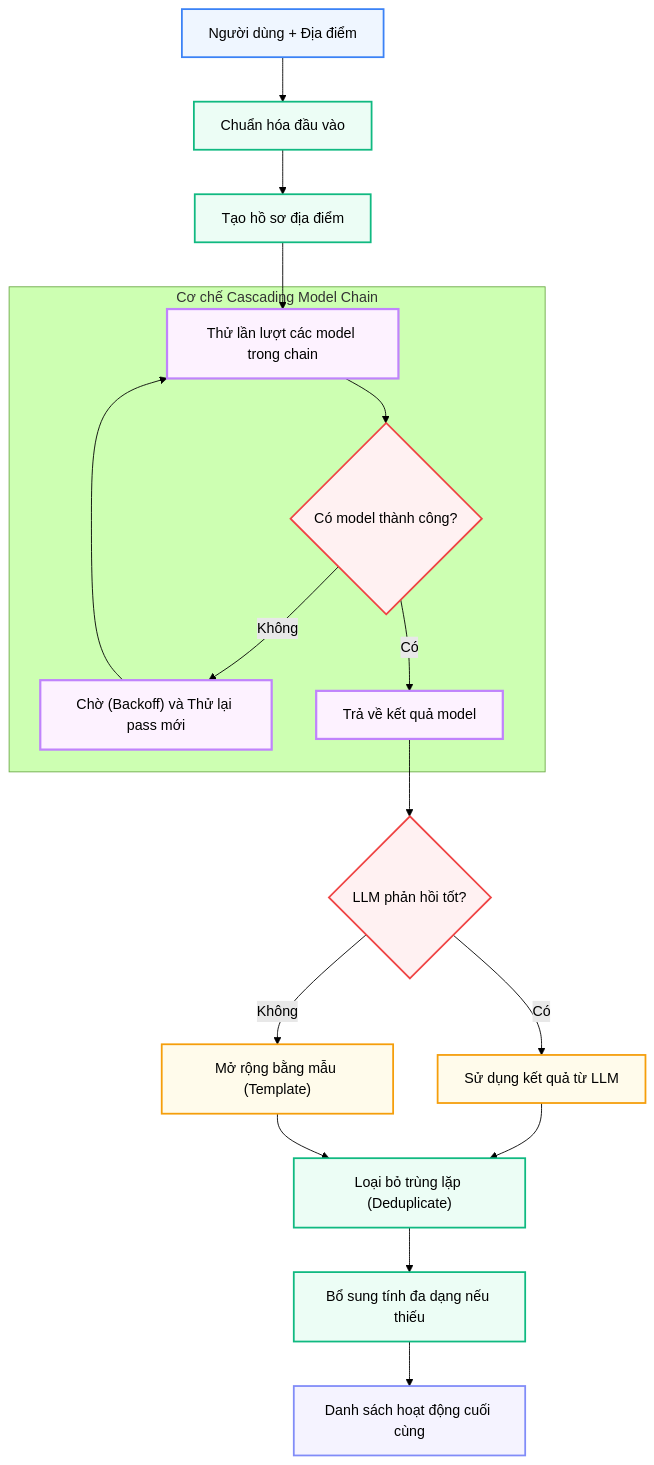
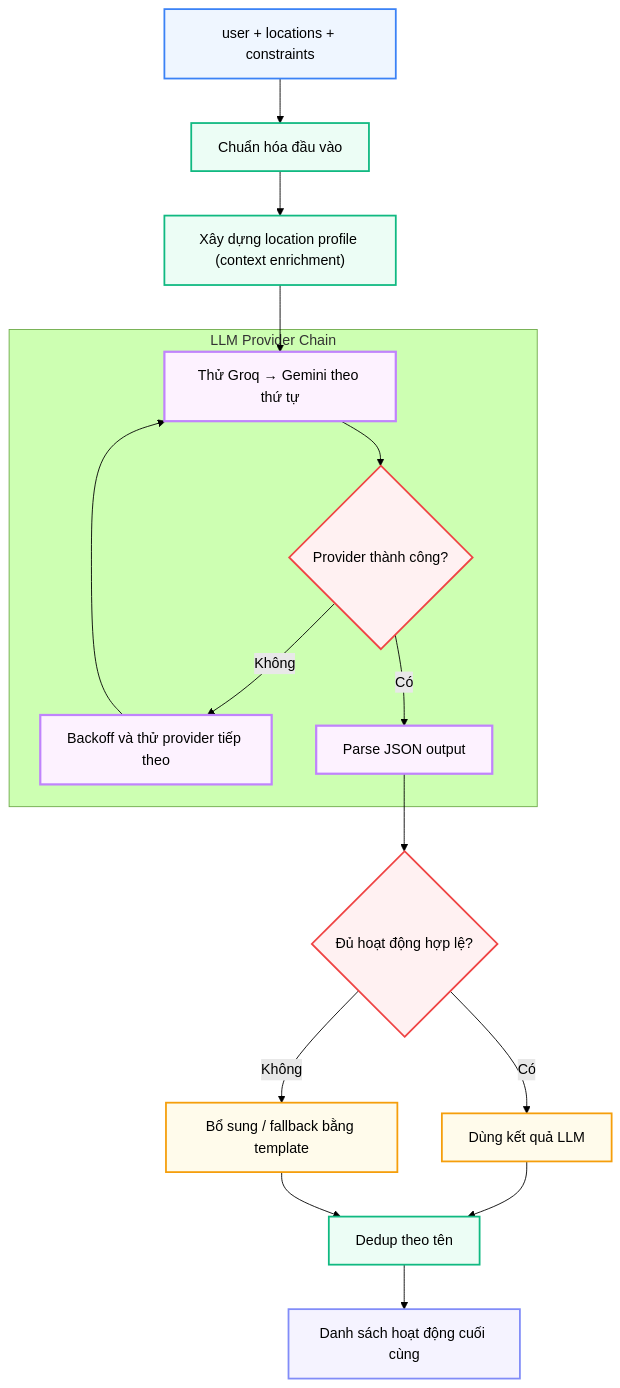
The diagram in docs/modules/n5_activity_generation.md (ltk6/travel-exp-planner), drawn with Mermaid (forest theme) before and after one commit. The commit also changed other lines of this file and 52 other files, not shown here.

````diff
--- a/docs/modules/n5_activity_generation.md
+++ b/docs/modules/n5_activity_generation.md
@@ -124,31 +132,28 @@
 ```mermaid
 %%{init: {'flowchart': {'useMaxWidth': false}}}%%
 graph TD
     classDef client fill:#eff6ff,stroke:#3b82f6,stroke-width:2px,color:#000000;
     classDef op fill:#ecfdf5,stroke:#10b981,stroke-width:2px,color:#000000;
     classDef llm fill:#fdf2ff,stroke:#c084fc,stroke-width:2.5px,color:#000000;
     classDef check fill:#fff1f2,stroke:#ef4444,stroke-width:2px,color:#000000;
     classDef fallback fill:#fffbeb,stroke:#f59e0b,stroke-width:2px,color:#000000;
     classDef out fill:#f5f3ff,stroke:#818cf8,stroke-width:2px,color:#000000;
-    
-    A["Người dùng + Địa điểm"]:::client --> B["Chuẩn hóa đầu vào"]:::op
-    B --> C["Tạo hồ sơ địa điểm"]:::op
-    
-    subgraph "Cơ chế Cascading Model Chain"
-        D1["Thử lần lượt các model trong chain"]:::llm --> D2{"Có model thành công?"}:::check
-        D2 -- "Không" --> D3["Chờ (Backoff) và Thử lại pass mới"]:::llm
+
+    A["user + locations + constraints"]:::client --> B["Chuẩn hóa đầu vào"]:::op
+    B --> C["Xây dựng location profile (context enrichment)"]:::op
+
+    subgraph "LLM Provider Chain"
+        D1["Thử Groq → Gemini theo thứ tự"]:::llm --> D2{"Provider thành công?"}:::check
+        D2 -- "Không" --> D3["Backoff và thử provider tiếp theo"]:::llm
         D3 --> D1
-        D4["Trả về kết quả model"]:::llm
-        D2 -- "Có" --> D4
+        D2 -- "Có" --> D4["Parse JSON output"]:::llm
     end
 
     C --> D1
-    D4 --> D{"LLM phản hồi tốt?"}:::check
-    
-    D -- "Có" --> E["Sử dụng kết quả từ LLM"]:::fallback
-    D -- "Không" --> F["Mở rộng bằng mẫu (Template)"]:::fallback
-    E --> G["Loại bỏ trùng lặp (Deduplicate)"]:::op
-    F --> G
-    G --> H["Bổ sung tính đa dạng nếu thiếu"]:::op
+    D4 --> E{"Đủ hoạt động hợp lệ?"}:::check
+    E -- "Có" --> F["Dùng kết quả LLM"]:::fallback
+    E -- "Không" --> G["Bổ sung / fallback bằng template"]:::fallback
+    F --> H["Dedup theo tên"]:::op
+    G --> H
     H --> I["Danh sách hoạt động cuối cùng"]:::out
 ```
````
